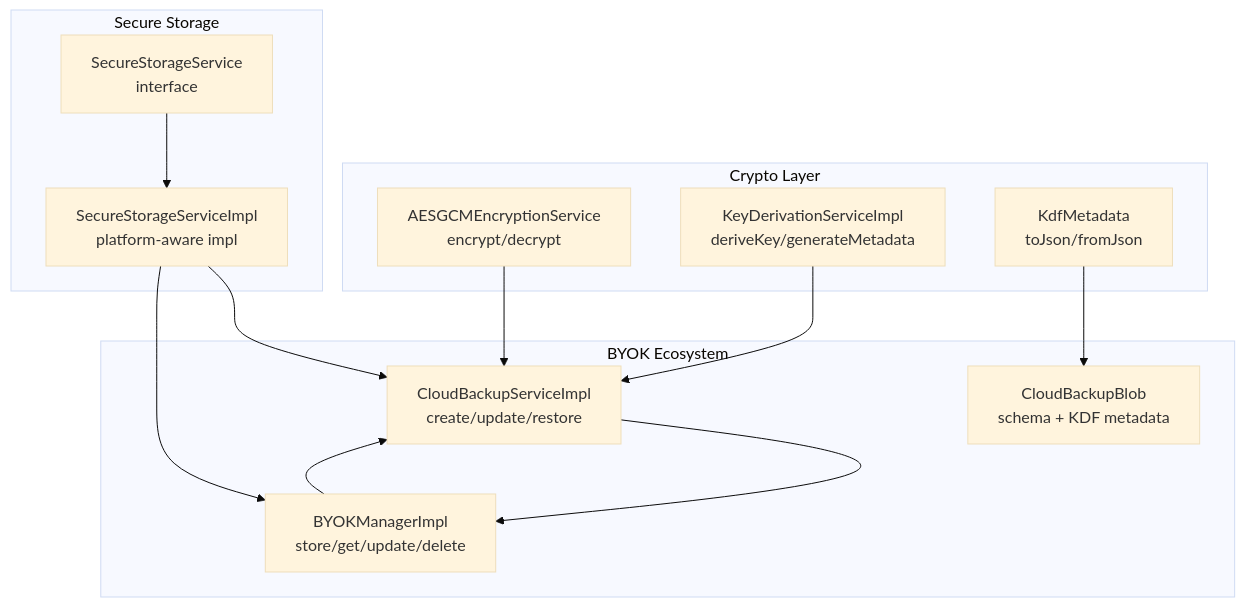
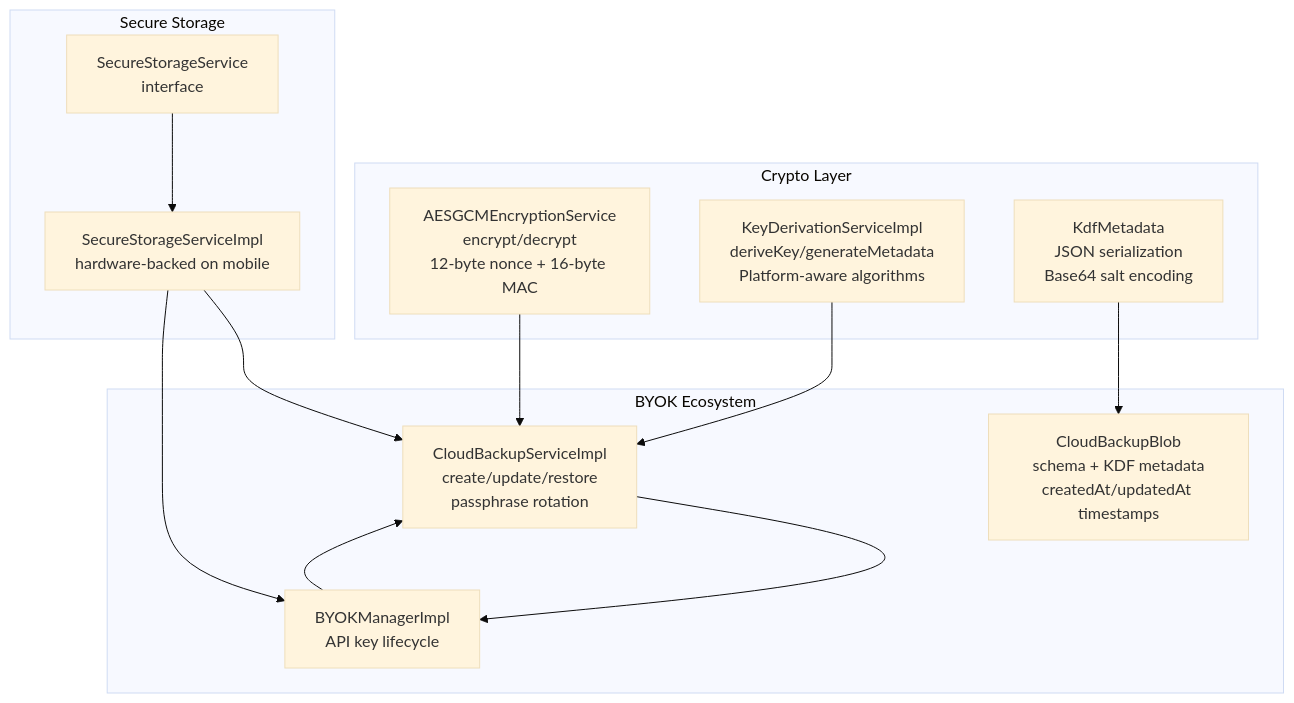
The first of 9 diagrams in .qoder/repowiki/en/content/Core Services/Crypto Services/Crypto Services.md (JAaron93/StyleSync), drawn with Mermaid (base theme) before and after one commit. The commit also changed other lines of this file and 36 other files, not shown here.

````diff
--- a/.qoder/repowiki/en/content/Core Services/Crypto Services/Crypto Services.md
+++ b/.qoder/repowiki/en/content/Core Services/Crypto Services/Crypto Services.md
@@ -48,25 +58,25 @@
 ```mermaid
 graph TB
 subgraph "Crypto Layer"
-ES["AESGCMEncryptionService<br/>encrypt/decrypt"]
-KDF["KeyDerivationServiceImpl<br/>deriveKey/generateMetadata"]
-KDM["KdfMetadata<br/>toJson/fromJson"]
+ES["AESGCMEncryptionService<br/>encrypt/decrypt<br/>12-byte nonce + 16-byte MAC"]
+KDF["KeyDerivationServiceImpl<br/>deriveKey/generateMetadata<br/>Platform-aware algorithms"]
+KDM["KdfMetadata<br/>JSON serialization<br/>Base64 salt encoding"]
 end
 subgraph "Secure Storage"
 SS_IF["SecureStorageService<br/>interface"]
-SS_IMPL["SecureStorageServiceImpl<br/>platform-aware impl"]
+SS_IMPL["SecureStorageServiceImpl<br/>hardware-backed on mobile"]
 end
 subgraph "BYOK Ecosystem"
-CBS["CloudBackupServiceImpl<br/>create/update/restore"]
-CBM["BYOKManagerImpl<br/>store/get/update/delete"]
-CBB["CloudBackupBlob<br/>schema + KDF metadata"]
+CBS["CloudBackupServiceImpl<br/>create/update/restore<br/>passphrase rotation"]
+CBM["BYOKManagerImpl<br/>API key lifecycle"]
+CBB["CloudBackupBlob<br/>schema + KDF metadata<br/>createdAt/updatedAt timestamps"]
 end
 ES --> CBS
 KDF --> CBS
 KDM --> CBB
 SS_IF --> SS_IMPL
 SS_IMPL --> CBS
 SS_IMPL --> CBM
 CBS --> CBM
 CBM --> CBS
 ```
````
